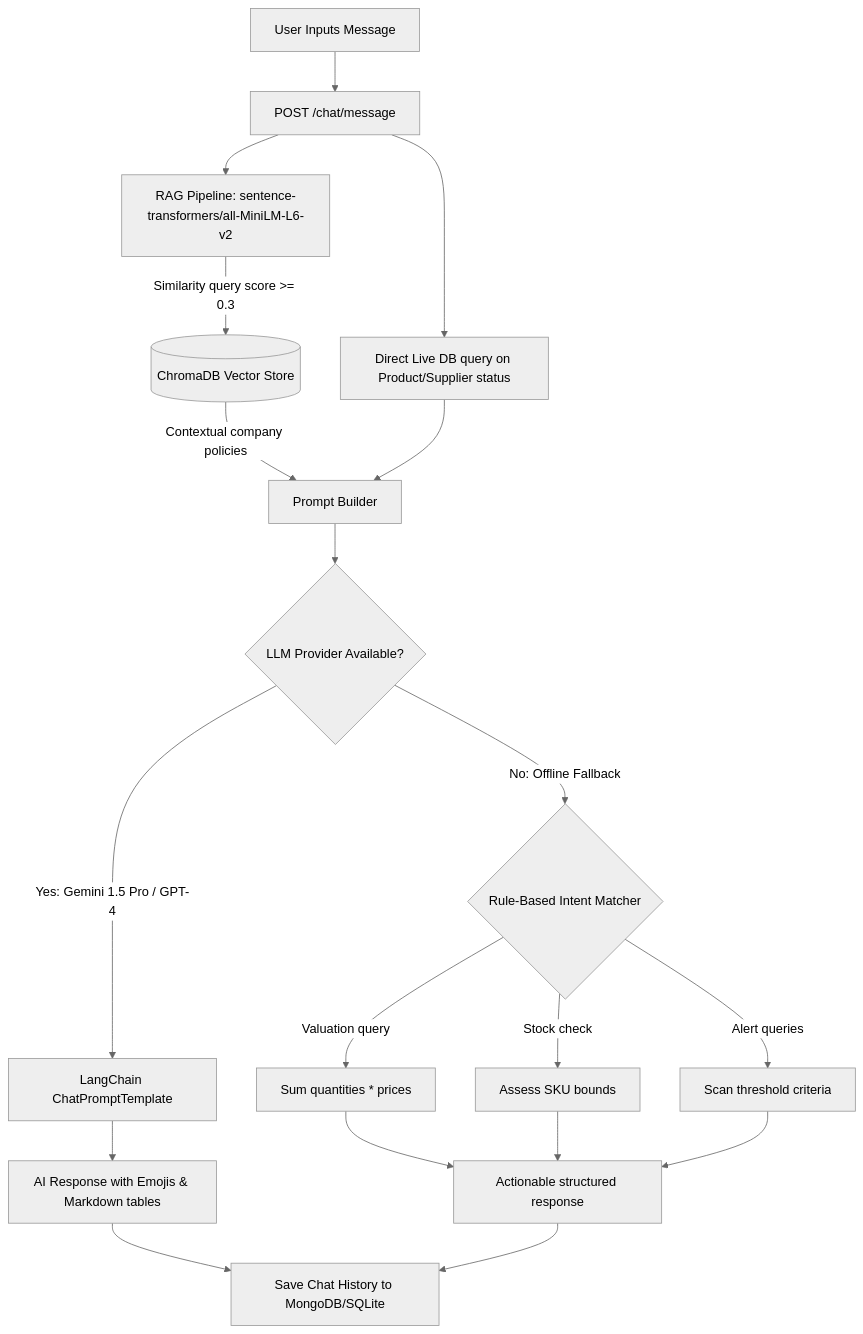
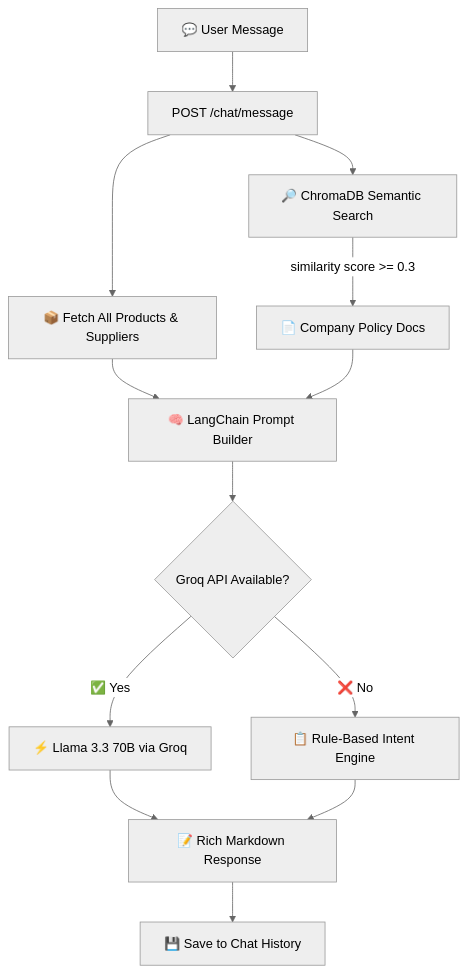
Before and after one commit to Praveenofficial12/Inventary-Agent: the second of 3 diagrams in README.md, drawn with Mermaid (neutral theme). The commit also changed other lines of this file, not shown here.

Commit message:
docs: premium README with badges, tech stack table, AI sample questions, architecture diagrams, and live deploy URL

````diff
--- a/README.md
+++ b/README.md
@@ -25,21 +121,15 @@
 ```mermaid
 graph TD
-    UserChat[User Inputs Message] --> ChatEndpoint[POST /chat/message]
-    ChatEndpoint --> RAGPipeline[RAG Pipeline: sentence-transformers/all-MiniLM-L6-v2]
-    RAGPipeline -->|Similarity query score >= 0.3| ChromaDB[(ChromaDB Vector Store)]
-    ChromaDB -->|Contextual company policies| PromptBuilder[Prompt Builder]
-    ChatEndpoint --> FetchLive[Direct Live DB query on Product/Supplier status]
-    FetchLive --> PromptBuilder
-    PromptBuilder --> LLMCheck{LLM Provider Available?}
-    LLMCheck -->|Yes: Gemini 1.5 Pro / GPT-4| LLMChain[LangChain ChatPromptTemplate]
-    LLMChain --> ChatResponse[AI Response with Emojis & Markdown tables]
-    LLMCheck -->|No: Offline Fallback| IntentMatch{Rule-Based Intent Matcher}
-    IntentMatch -->|Valuation query| CalcValue[Sum quantities * prices]
-    IntentMatch -->|Stock check| CheckQty[Assess SKU bounds]
-    IntentMatch -->|Alert queries| ScanDepletion[Scan threshold criteria]
-    CalcValue --> RuleResponse[Actionable structured response]
-    CheckQty --> RuleResponse
-    ScanDepletion --> RuleResponse
-    ChatResponse --> SaveHistory[Save Chat History to MongoDB/SQLite]
-    RuleResponse --> SaveHistory
+    UserMsg[💬 User Message] --> ChatAPI[POST /chat/message]
+    ChatAPI --> LiveDB[📦 Fetch All Products & Suppliers]
+    ChatAPI --> RAG[🔎 ChromaDB Semantic Search]
+    RAG -->|similarity score >= 0.3| PolicyDocs[📄 Company Policy Docs]
+    LiveDB --> PromptBuilder[🧠 LangChain Prompt Builder]
+    PolicyDocs --> PromptBuilder
+    PromptBuilder --> LLMCheck{Groq API Available?}
+    LLMCheck -->|✅ Yes| Groq[⚡ Llama 3.3 70B via Groq]
+    Groq --> Response[📝 Rich Markdown Response]
+    LLMCheck -->|❌ No| RuleBased[📋 Rule-Based Intent Engine]
+    RuleBased --> Response
+    Response --> SaveDB[💾 Save to Chat History]
 ```
````
